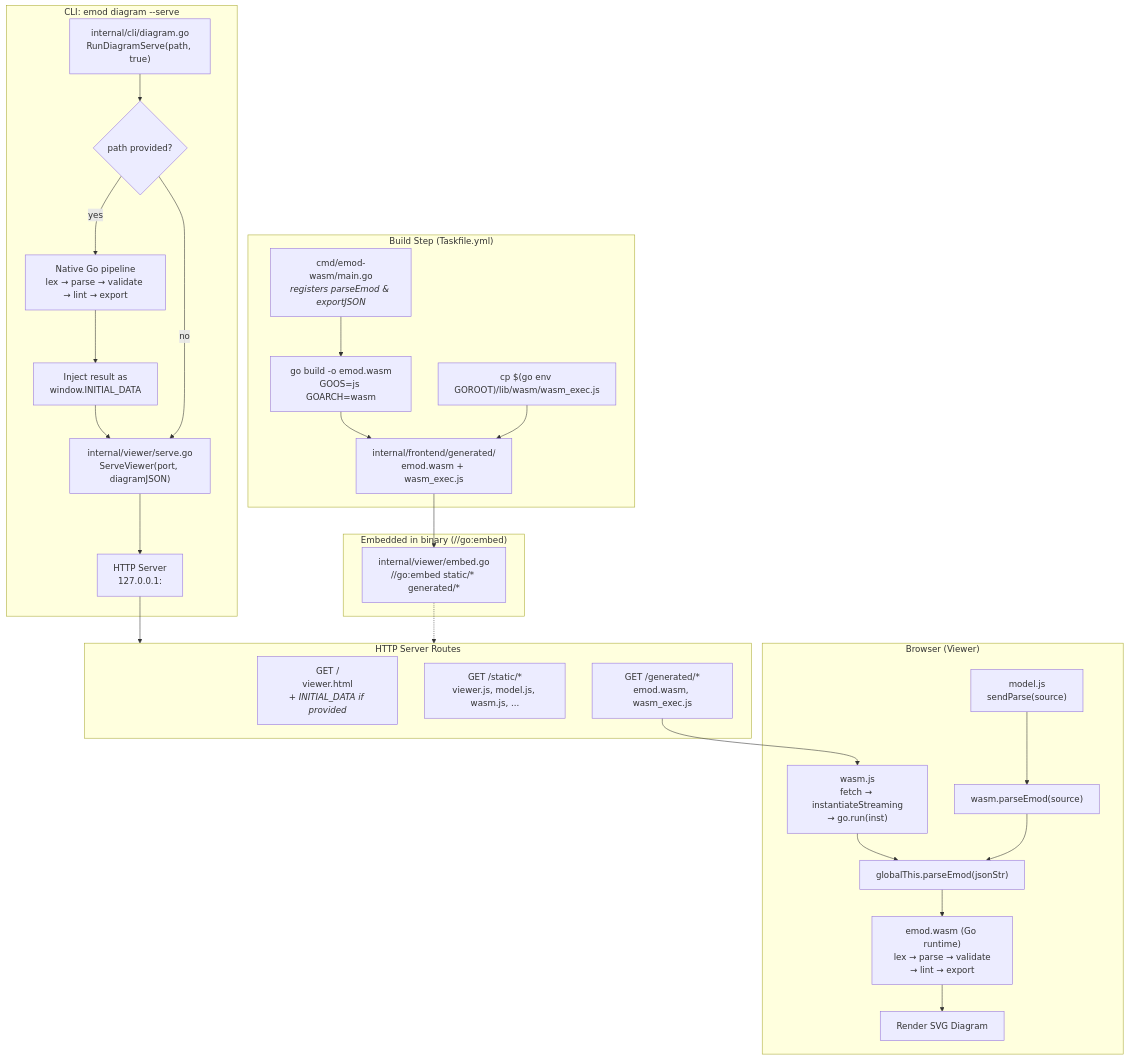
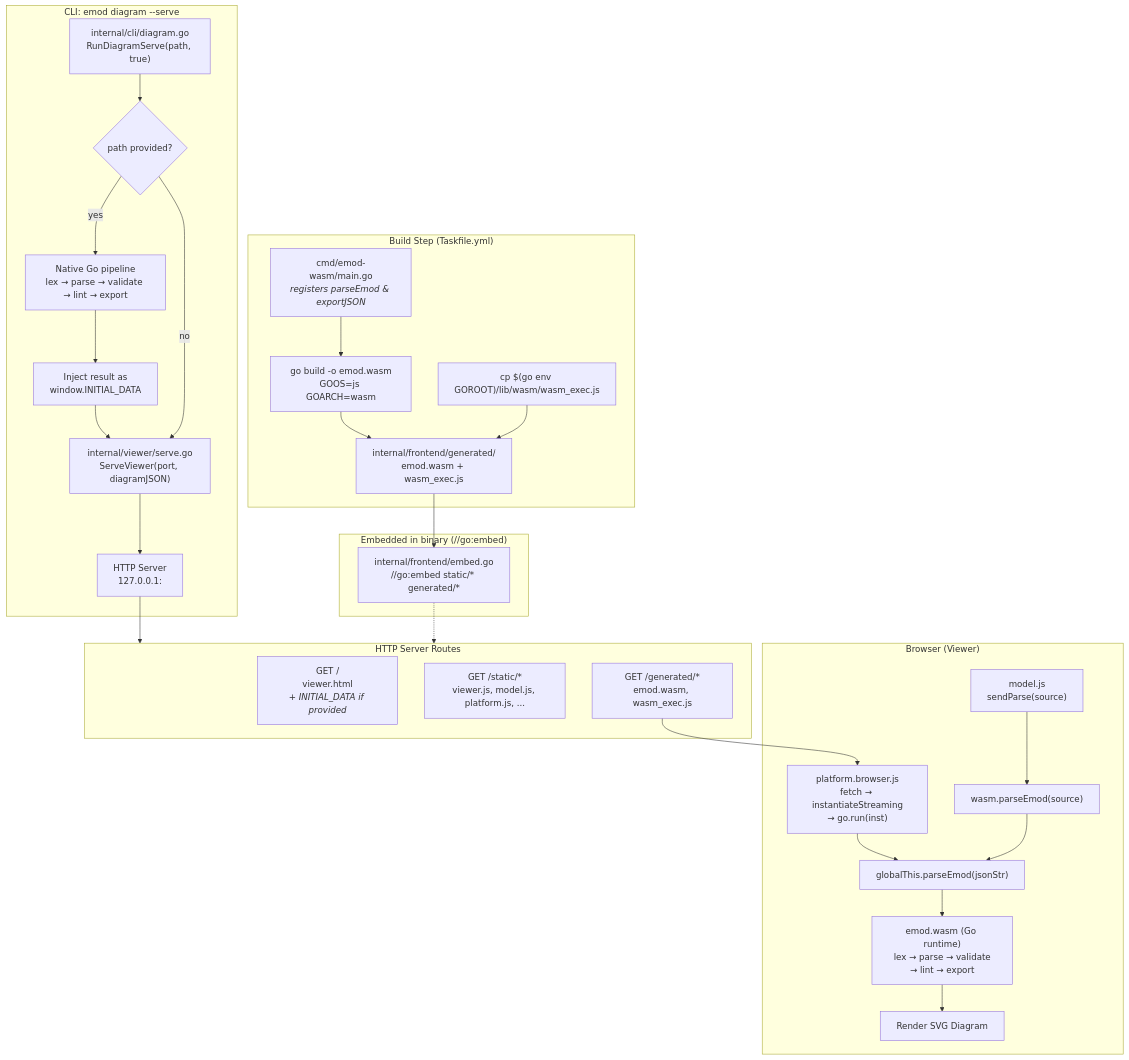
Before and after one commit to hpcsc/emod: the diagram in docs/wasm-architecture.md, drawn with Mermaid. The commit also changed other lines of this file and 4 other files, not shown here.

````diff
--- a/docs/wasm-architecture.md
+++ b/docs/wasm-architecture.md
@@ -3,53 +3,53 @@
 ```mermaid
 flowchart TB
     subgraph Build["Build Step (Taskfile.yml)"]
         A["cmd/emod-wasm/main.go<br/><i>registers parseEmod &amp; exportJSON</i>"]
         B["go build -o emod.wasm<br/>GOOS=js GOARCH=wasm"]
         C["cp $(go env GOROOT)/lib/wasm/wasm_exec.js"]
         D["internal/frontend/generated/<br/>emod.wasm + wasm_exec.js"]
         A --> B --> D
         C --> D
     end
 
     subgraph CLI["CLI: emod diagram --serve"]
         E["internal/cli/diagram.go<br/>RunDiagramServe(path, true)"]
         F{"path provided?"}
         G["Native Go pipeline<br/>lex → parse → validate → lint → export"]
         H["Inject result as<br/>window.INITIAL_DATA"]
         I["internal/viewer/serve.go<br/>ServeViewer(port, diagramJSON)"]
         J["HTTP Server<br/>127.0.0.1:<port>"]
 
         E --> F
         F -- yes --> G --> H --> I
         F -- no --> I
         I --> J
     end
 
     subgraph Server["HTTP Server Routes"]
         K["GET /<br/>viewer.html<br/><i>+ INITIAL_DATA if provided</i>"]
-        L["GET /static/*<br/>viewer.js, model.js, wasm.js, ..."]
+        L["GET /static/*<br/>viewer.js, model.js, platform.js, ..."]
         M["GET /generated/*<br/>emod.wasm, wasm_exec.js"]
     end
 
     J --> Server
 
     subgraph Browser["Browser (Viewer)"]
-        N["wasm.js<br/>fetch → instantiateStreaming<br/>→ go.run(inst)"]
+        N["platform.browser.js<br/>fetch → instantiateStreaming<br/>→ go.run(inst)"]
         O["model.js<br/>sendParse(source)"]
         P["wasm.parseEmod(source)"]
         Q["globalThis.parseEmod(jsonStr)"]
         R["emod.wasm (Go runtime)<br/>lex → parse → validate<br/>→ lint → export"]
         S["Render SVG Diagram"]
     end
 
     M --> N
     N --> Q
     O --> P --> Q --> R --> S
 
     subgraph Files["Embedded in binary (//go:embed)"]
-        T["internal/viewer/embed.go<br/>//go:embed static/* generated/*"]
+        T["internal/frontend/embed.go<br/>//go:embed static/* generated/*"]
     end
 
     D --> T
     T -.-> Server
 ```
````
